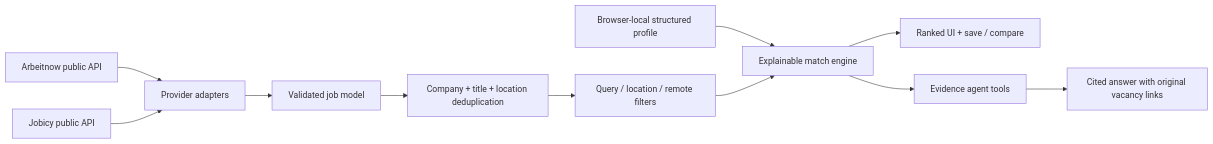
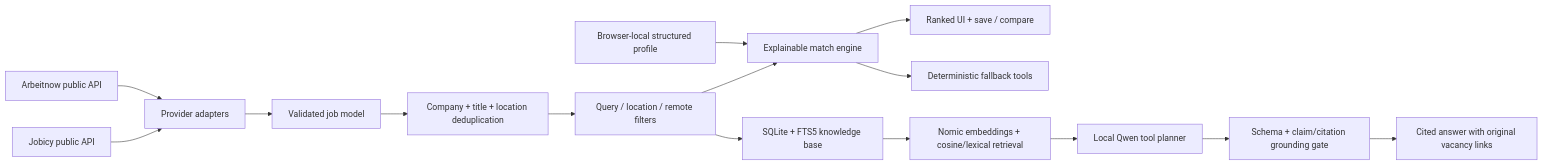
Before and after one commit to Sintagmatarches/applied-ai-lab: the first of 3 diagrams in README.md, drawn with Mermaid. The commit also changed other lines of this file and 37 other files, not shown here.

Commit message:
Complete local RAG job agent

````diff
--- a/README.md
+++ b/README.md
@@ -25,13 +25,17 @@
 ```mermaid
 flowchart LR
   A["Arbeitnow public API"] --> N["Provider adapters"]
   J["Jobicy public API"] --> N
   N --> V["Validated job model"]
   V --> D["Company + title + location deduplication"]
   D --> F["Query / location / remote filters"]
   P["Browser-local structured profile"] --> M["Explainable match engine"]
   F --> M
   M --> U["Ranked UI + save / compare"]
-  M --> T["Evidence agent tools"]
-  T --> C["Cited answer with original vacancy links"]
+  M --> T["Deterministic fallback tools"]
+  F --> S["SQLite + FTS5 knowledge base"]
+  S --> E["Nomic embeddings + cosine/lexical retrieval"]
+  E --> Q["Local Qwen tool planner"]
+  Q --> G["Schema + claim/citation grounding gate"]
+  G --> C["Cited answer with original vacancy links"]
 ```
````
